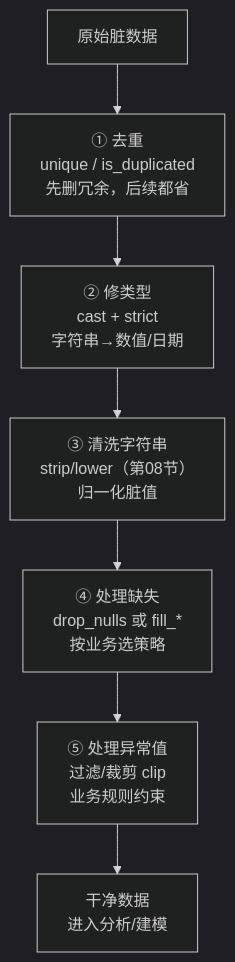
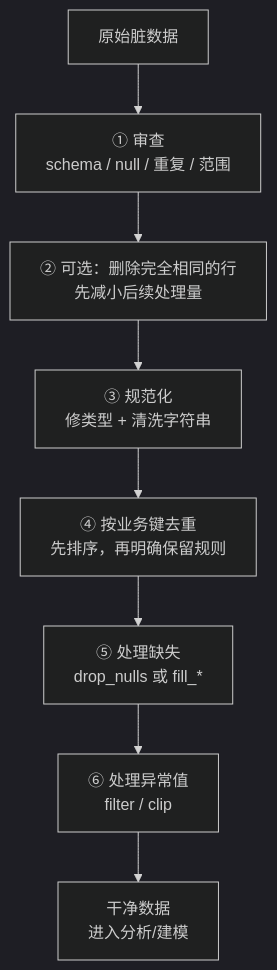
The first of 3 diagrams in src/content/docs/13-cleaning.md (wsafight/polars-docs), drawn with Mermaid (dark theme) before and after one commit. The commit also changed other lines of this file and 10 other files, not shown here.

````diff
--- a/src/content/docs/13-cleaning.md
+++ b/src/content/docs/13-cleaning.md
@@ -17,9 +17,10 @@
 ```mermaid
 flowchart TD
-    Raw["原始脏数据"] --> S1["① 去重<br/>unique / is_duplicated<br/>先删冗余，后续都省"]
-    S1 --> S2["② 修类型<br/>cast + strict<br/>字符串→数值/日期"]
-    S2 --> S3["③ 清洗字符串<br/>strip/lower（第08节）<br/>归一化脏值"]
-    S3 --> S4["④ 处理缺失<br/>drop_nulls 或 fill_*<br/>按业务选策略"]
-    S4 --> S5["⑤ 处理异常值<br/>过滤/裁剪 clip<br/>业务规则约束"]
-    S5 --> Clean["干净数据<br/>进入分析/建模"]
+    Raw["原始脏数据"] --> Audit["① 审查<br/>schema / null / 重复 / 范围"]
+    Audit --> Exact["② 可选：删除完全相同的行<br/>先减小后续处理量"]
+    Exact --> Normalize["③ 规范化<br/>修类型 + 清洗字符串"]
+    Normalize --> Business["④ 按业务键去重<br/>先排序，再明确保留规则"]
+    Business --> Missing["⑤ 处理缺失<br/>drop_nulls 或 fill_*"]
+    Missing --> Outlier["⑥ 处理异常值<br/>filter / clip"]
+    Outlier --> Clean["干净数据<br/>进入分析/建模"]
 ```
````
